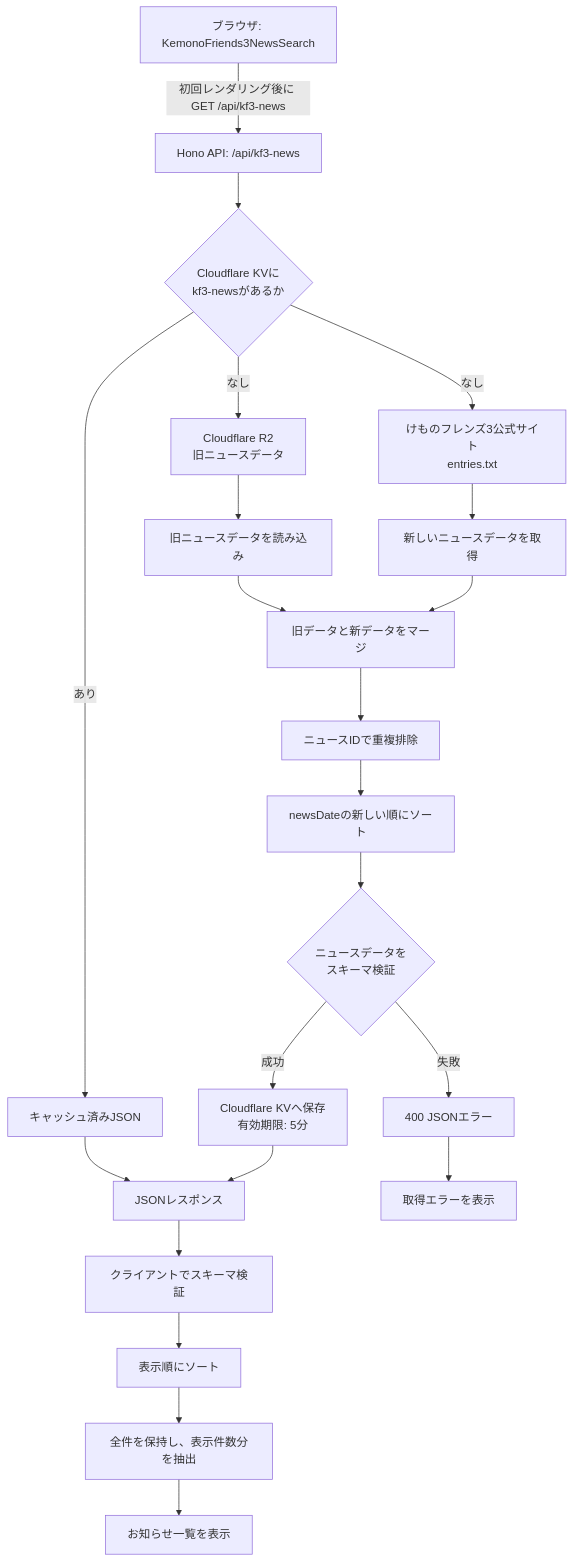
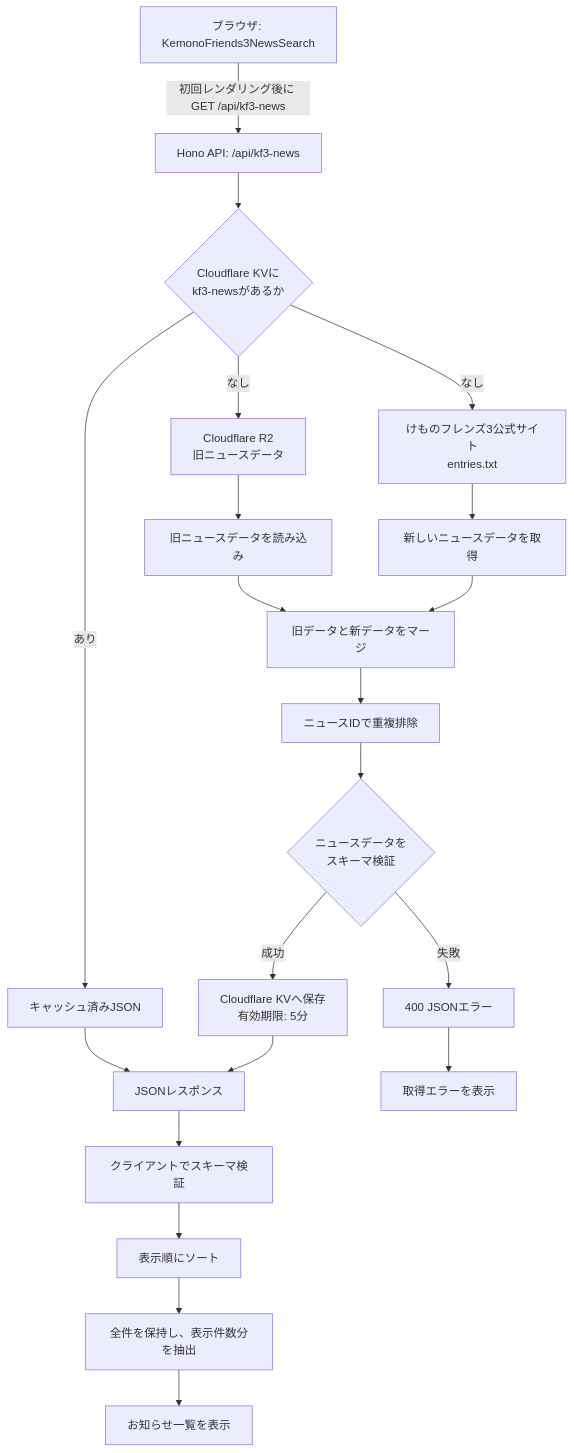
Before and after one commit to reamkf/kf3-notification-search: the diagram in README.md, drawn with Mermaid. The commit also changed 3 other files, not shown here.

````diff
--- a/README.md
+++ b/README.md
@@ -114,28 +114,27 @@
 ```mermaid
 graph TD
     Browser["ブラウザ: KemonoFriends3NewsSearch"] -->|初回レンダリング後に GET /api/kf3-news| API["Hono API: /api/kf3-news"]
     API --> Cache{"Cloudflare KVに<br/>kf3-newsがあるか"}
 
     Cache -->|あり| Cached["キャッシュ済みJSON"]
     Cached --> Response["JSONレスポンス"]
 
     Cache -->|なし| R2["Cloudflare R2<br/>旧ニュースデータ"]
     Cache -->|なし| Official["けものフレンズ3公式サイト<br/>entries.txt"]
     R2 --> OldData["旧ニュースデータを読み込み"]
     Official --> NewData["新しいニュースデータを取得"]
     OldData --> Merge["旧データと新データをマージ"]
     NewData --> Merge
     Merge --> Deduplicate["ニュースIDで重複排除"]
-    Deduplicate --> Sort["newsDateの新しい順にソート"]
-    Sort --> Validate{"ニュースデータを<br/>スキーマ検証"}
+    Deduplicate --> Validate{"ニュースデータを<br/>スキーマ検証"}
 
     Validate -->|成功| Save["Cloudflare KVへ保存<br/>有効期限: 5分"]
     Save --> Response
     Validate -->|失敗| ApiError["400 JSONエラー"]
 
     Response --> ClientValidate["クライアントでスキーマ検証"]
     ClientValidate --> ClientSort["表示順にソート"]
     ClientSort --> State["全件を保持し、表示件数分を抽出"]
     State --> View["お知らせ一覧を表示"]
     ApiError --> ErrorView["取得エラーを表示"]
 ```
````
